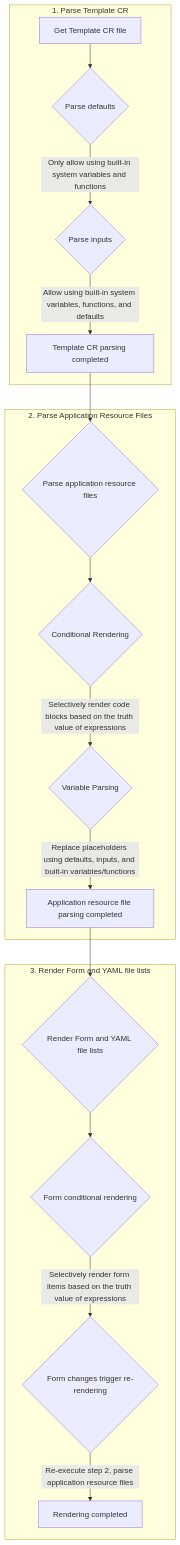
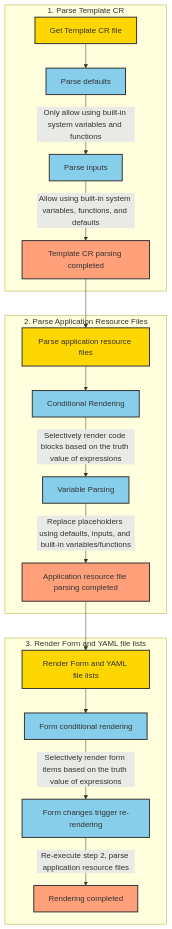
One commit to labring-actions/templates changed the diagram in example.md. Above: the diagram before and after it, drawn with Mermaid. The commit also changed other lines of this file and 1 other file, not shown here.

````diff
--- a/example.md
+++ b/example.md
@@ -945,20 +1173,34 @@
 ```mermaid
 graph TD
+    style A fill:#FFD700,stroke:#333,stroke-width:2px
+    style B fill:#87CEEB,stroke:#333,stroke-width:2px
+    style C fill:#87CEEB,stroke:#333,stroke-width:2px
+    style D fill:#FFA07A,stroke:#333,stroke-width:2px
+    style E fill:#FFD700,stroke:#333,stroke-width:2px
+    style F fill:#87CEEB,stroke:#333,stroke-width:2px
+    style G fill:#87CEEB,stroke:#333,stroke-width:2px
+    style H fill:#FFA07A,stroke:#333,stroke-width:2px
+    style I fill:#FFD700,stroke:#333,stroke-width:2px
+    style J fill:#87CEEB,stroke:#333,stroke-width:2px
+    style K fill:#87CEEB,stroke:#333,stroke-width:2px
+    style L fill:#FFA07A,stroke:#333,stroke-width:2px
+
     subgraph "1. Parse Template CR"
-        A[Get Template CR file] --> B{Parse defaults}
-        B -- Only allow using built-in system variables and functions --> C{Parse inputs}
+        A[Get Template CR file] --> B[Parse defaults]
+        B -- Only allow using built-in system variables and functions --> C[Parse inputs]
         C -- Allow using built-in system variables, functions, and defaults --> D[Template CR parsing completed]
     end
-    D --> E{Parse application resource files}
+    D --> E[Parse application resource files]
     subgraph "2. Parse Application Resource Files"
-        E --> F{Conditional Rendering}
-        F -- Selectively render code blocks based on the truth value of expressions --> G{Variable Parsing}
+        E --> F[Conditional Rendering]
+        F -- Selectively render code blocks based on the truth value of expressions --> G[Variable Parsing]
         G -- Replace placeholders using defaults, inputs, and built-in variables/functions --> H[Application resource file parsing completed]
     end
-    H --> I{Render Form and YAML file lists}
+    H --> I[Render Form and YAML file lists]
     subgraph "3. Render Form and YAML file lists"
-        I --> J{Form conditional rendering}
-        J -- Selectively render form items based on the truth value of expressions --> K{Form changes trigger re-rendering}
+        I --> J[Form conditional rendering]
+        J -- Selectively render form items based on the truth value of expressions --> K[Form changes trigger re-rendering]
         K -- Re-execute step 2, parse application resource files --> L[Rendering completed]
     end
+
 ```
````
